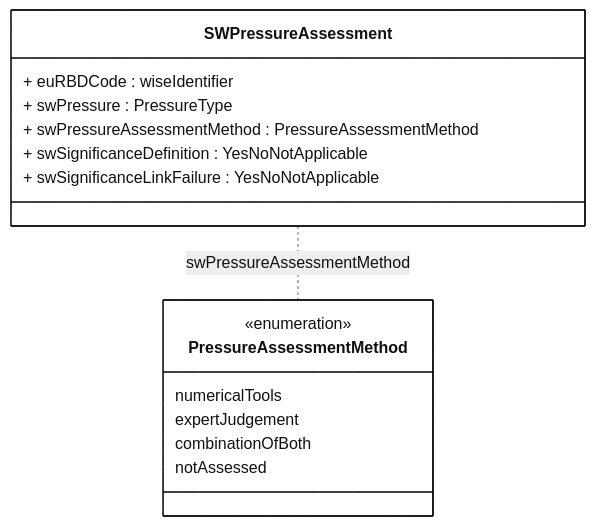
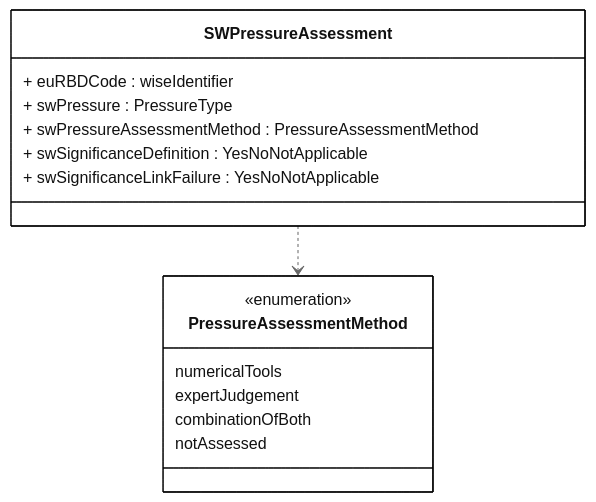
One commit to eeadata/WISE.WFD.Documentation changed the diagram in docs/DataModelReview/mmd/SurfaceWaterMethodologies_4thCycle_SWPressureAssessment_ClassDiagram.mmd. Above: the diagram before and after it, drawn with Mermaid. The commit also changed 12 other files, not shown here.

```diff
--- a/docs/DataModelReview/mmd/SurfaceWaterMethodologies_4thCycle_SWPressureAssessment_ClassDiagram.mmd
+++ b/docs/DataModelReview/mmd/SurfaceWaterMethodologies_4thCycle_SWPressureAssessment_ClassDiagram.mmd
@@ -1,30 +1,30 @@
 ---
 config:
   class:
     hideEmptyMembersBox: true
   layout: dagre
   theme: neutral
 ---
 classDiagram
 direction TB
 
 class SWPressureAssessment{
   + euRBDCode : wiseIdentifier
   + swPressure : PressureType
   + swPressureAssessmentMethod : PressureAssessmentMethod
   + swSignificanceDefinition : YesNoNotApplicable
   + swSignificanceLinkFailure : YesNoNotApplicable
 }
 
 class PressureAssessmentMethod{
   <<enumeration>>
   numericalTools
   expertJudgement
   combinationOfBoth
   notAssessed 
 }
 
-SWPressureAssessment .. PressureAssessmentMethod : swPressureAssessmentMethod
+SWPressureAssessment ..> PressureAssessmentMethod 
 
 classDef default fill:white,stroke:#000;
 classDef forFixing fill:white,stroke:#f00;
```
